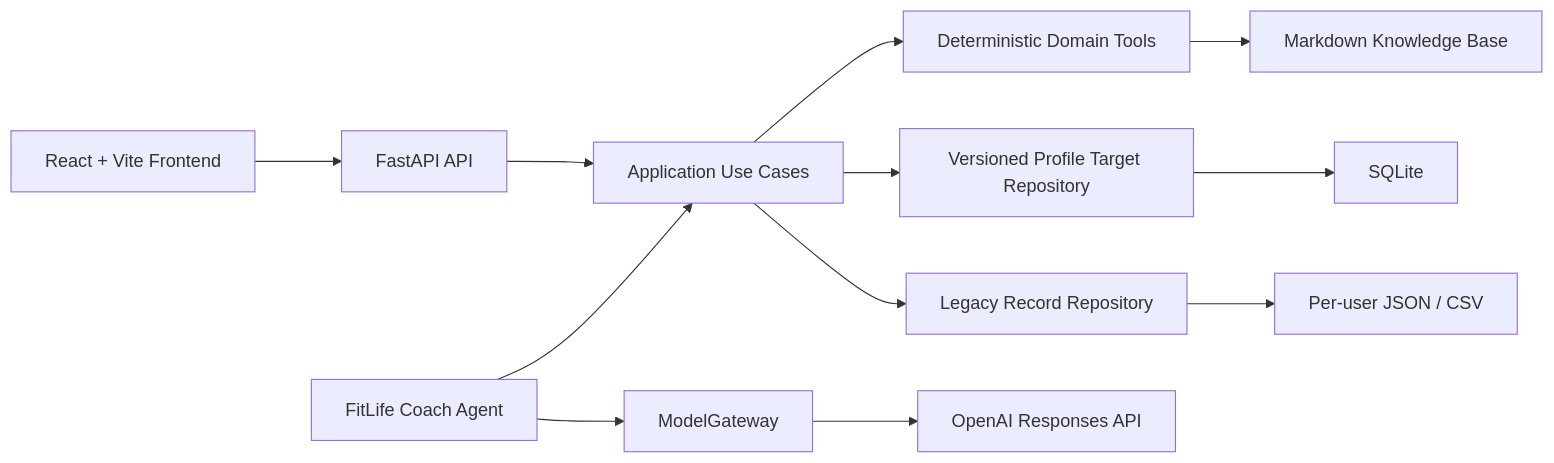
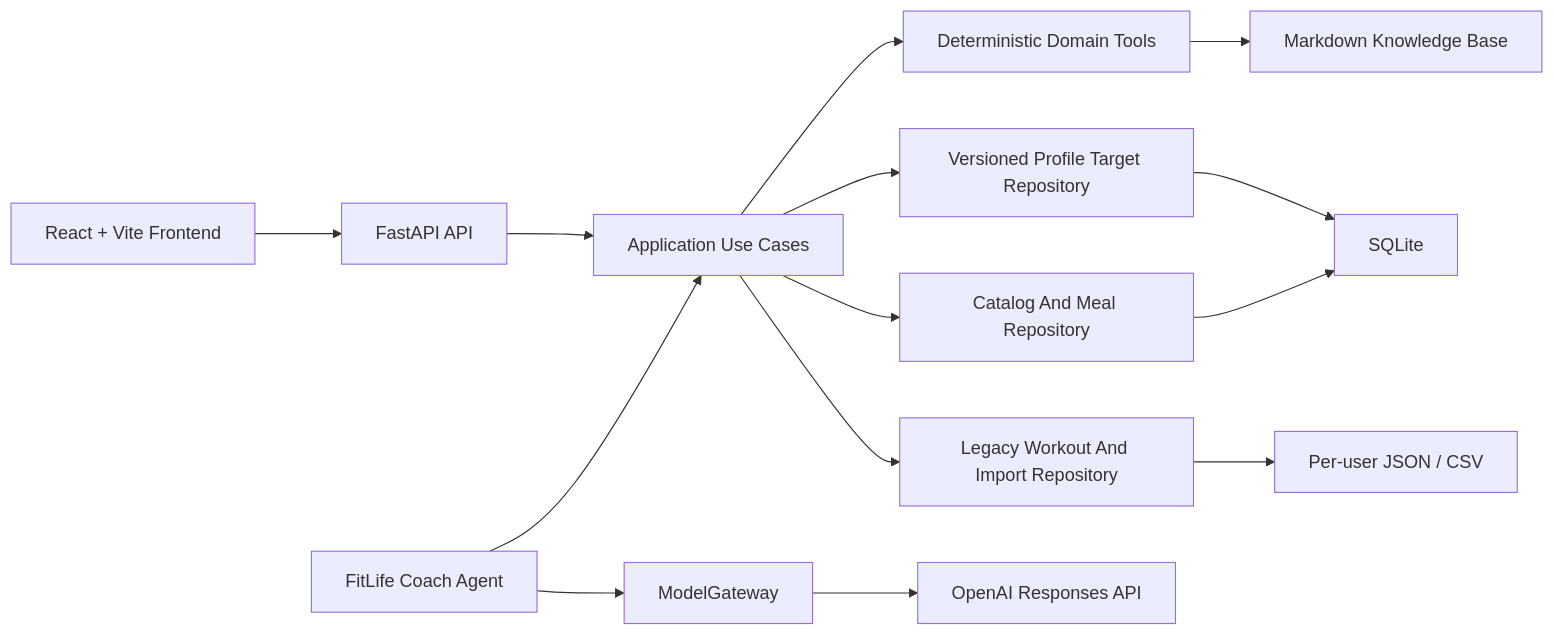
Before and after one commit to HarrySheldon/fitlife-agent: the diagram in README.md, drawn with Mermaid. The commit also changed other lines of this file and 3 other files, not shown here.

Commit message:
docs: verify food catalog and meal drafts

````diff
--- a/README.md
+++ b/README.md
@@ -24,14 +25,16 @@
 ```mermaid
 flowchart LR
   UI["React + Vite Frontend"] --> API["FastAPI API"]
   API --> APP["Application Use Cases"]
   APP --> DOMAIN["Deterministic Domain Tools"]
   APP --> PROFILE_REPO["Versioned Profile Target Repository"]
-  APP --> RECORD_REPO["Legacy Record Repository"]
+  APP --> MEAL_REPO["Catalog And Meal Repository"]
+  APP --> RECORD_REPO["Legacy Workout And Import Repository"]
   AGENT["FitLife Coach Agent"] --> APP
   AGENT --> MODEL["ModelGateway"]
   PROFILE_REPO --> SQLITE["SQLite"]
+  MEAL_REPO --> SQLITE
   RECORD_REPO --> FILES["Per-user JSON / CSV"]
   MODEL --> OPENAI["OpenAI Responses API"]
   DOMAIN --> KB["Markdown Knowledge Base"]
 ```
````
